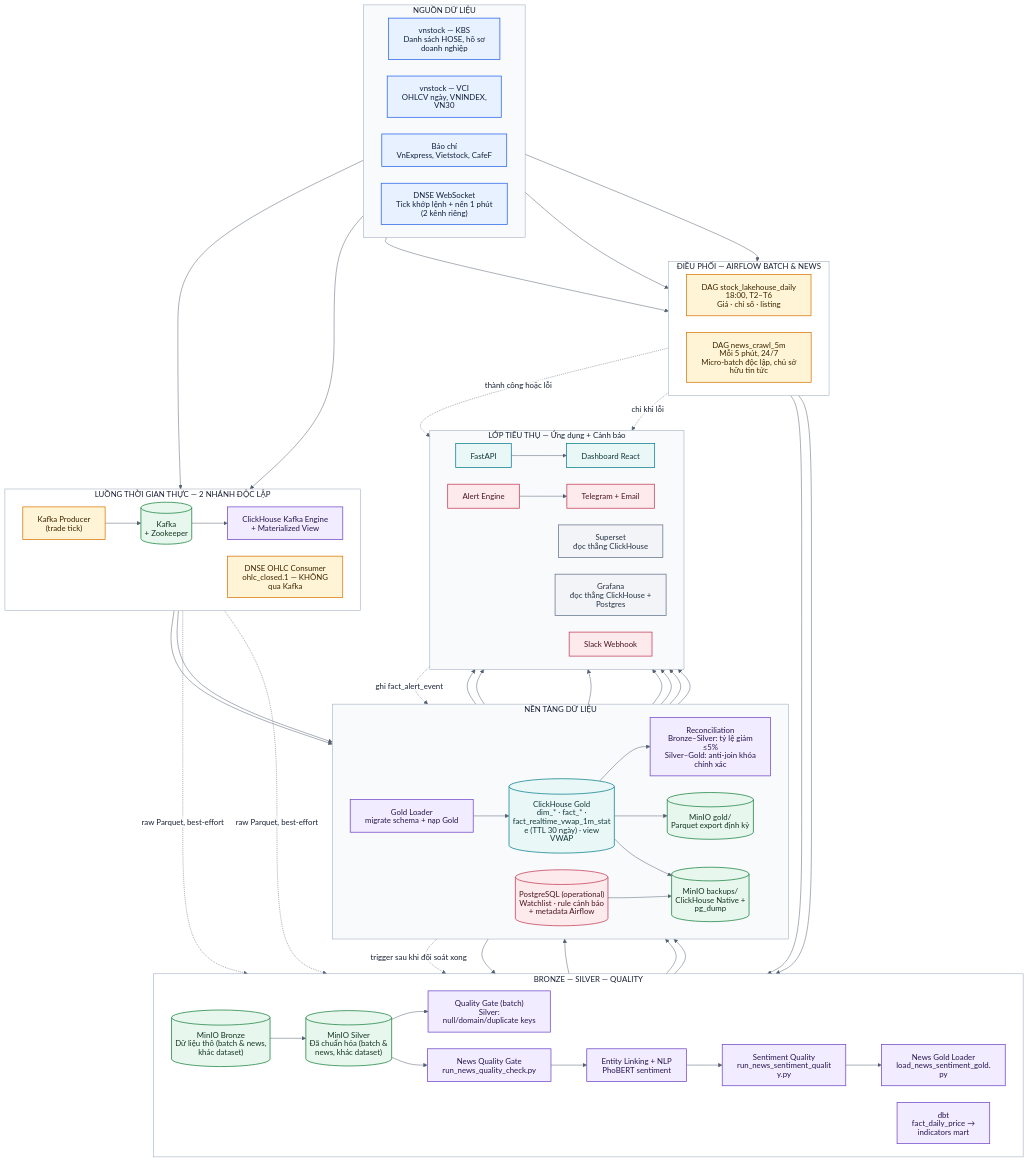
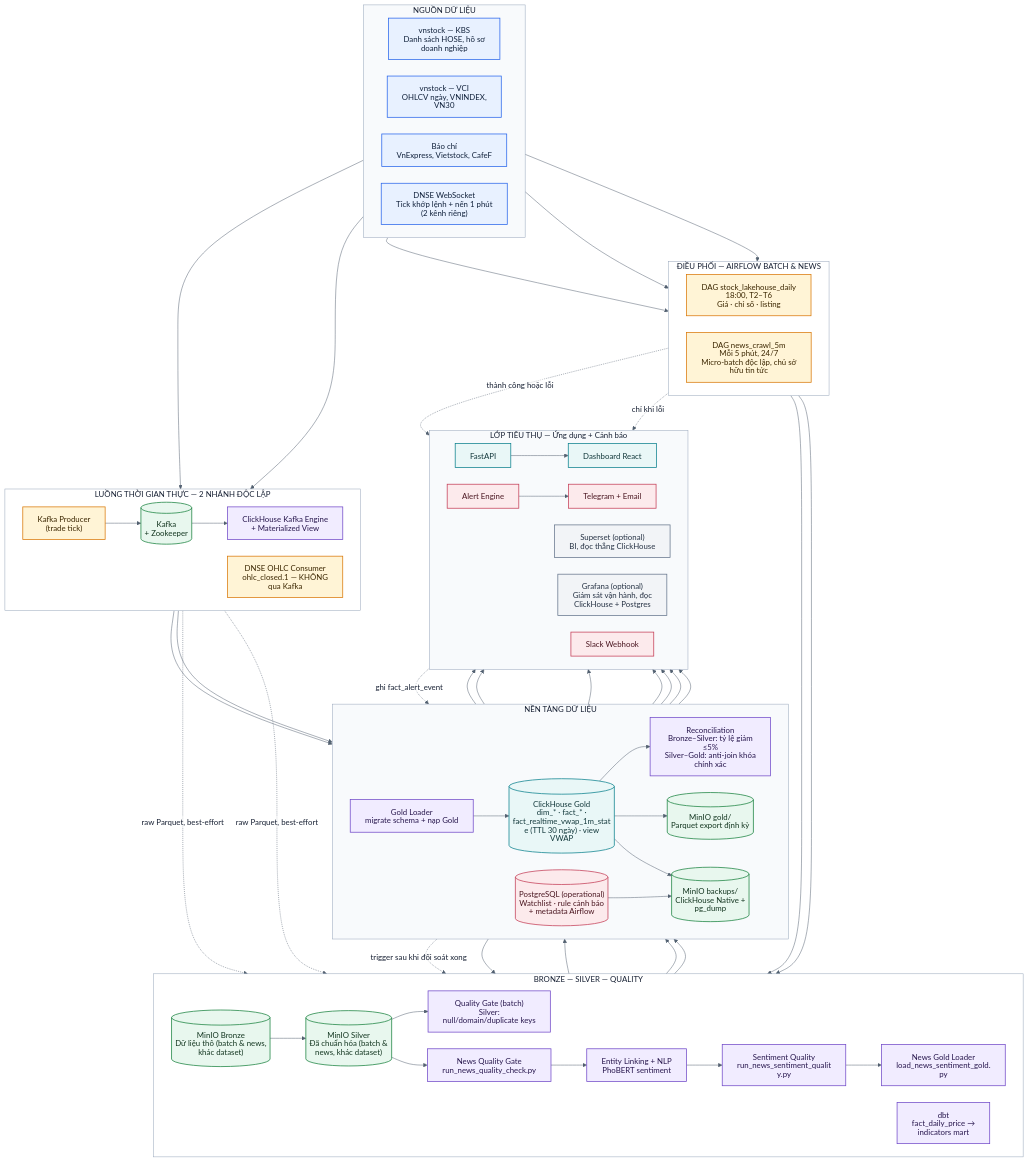
One commit to mihuyen/DataEngineerVDT changed the diagram in docs/architecture/system_architecture.mmd. Above: the diagram before and after it, drawn with Mermaid. The commit also changed 40 other files, not shown here.

```diff
--- a/docs/architecture/system_architecture.mmd
+++ b/docs/architecture/system_architecture.mmd
@@ -1,121 +1,121 @@
 %%{init: {"theme":"base","htmlLabels":false,"flowchart":{"htmlLabels":false,"curve":"basis","nodeSpacing":34,"rankSpacing":48,"diagramPadding":10},"themeVariables":{"background":"#ffffff","primaryTextColor":"#172033","lineColor":"#526070","clusterBkg":"#f8fafc","clusterBorder":"#cbd5e1","edgeLabelBackground":"#ffffff","titleColor":"#172033","fontFamily":"Arial"}}}%%
 flowchart TB
   classDef source fill:#E8F1FF,stroke:#2563EB,color:#10213B,stroke-width:1.5px;
   classDef ingest fill:#FFF4D6,stroke:#D97706,color:#3B2600,stroke-width:1.5px;
   classDef storage fill:#E8F7EE,stroke:#16803C,color:#12351F,stroke-width:1.5px;
   classDef process fill:#F1ECFF,stroke:#7048C8,color:#27164D,stroke-width:1.5px;
   classDef serving fill:#E9F7F7,stroke:#087F8C,color:#12383B,stroke-width:1.5px;
   classDef ops fill:#FCEAEC,stroke:#C43B55,color:#4A1620,stroke-width:1.5px;
   classDef observe fill:#F2F4F7,stroke:#64748B,color:#263244,stroke-width:1.5px;
 
   %% ================= NGUỒN =================
   subgraph SOURCES[NGUỒN DỮ LIỆU]
     direction LR
     KBS["vnstock — KBS<br/>Danh sách HOSE, hồ sơ doanh nghiệp"]:::source
     VCI["vnstock — VCI<br/>OHLCV ngày, VNINDEX, VN30"]:::source
     NEWS["Báo chí<br/>VnExpress, Vietstock, CafeF"]:::source
     DNSE["DNSE WebSocket<br/>Tick khớp lệnh + nến 1 phút (2 kênh riêng)"]:::source
   end
 
   %% ================= ĐIỀU PHỐI BATCH & NEWS =================
   subgraph ORCH[ĐIỀU PHỐI — AIRFLOW BATCH & NEWS]
     direction LR
     AIRFLOW_DAILY["DAG stock_lakehouse_daily<br/>18:00, T2–T6<br/>Giá · chỉ số · listing"]:::ingest
     AIRFLOW_NEWS["DAG news_crawl_5m<br/>Mỗi 5 phút, 24/7<br/>Micro-batch độc lập, chủ sở hữu tin tức"]:::ingest
   end
 
   %% ================= BRONZE/SILVER/QUALITY =================
   subgraph LAYERS[BRONZE — SILVER — QUALITY]
     direction LR
     BRONZE[("MinIO Bronze<br/>Dữ liệu thô (batch & news, khác dataset)")]:::storage
     SILVER[("MinIO Silver<br/>Đã chuẩn hóa (batch & news, khác dataset)")]:::storage
     QUALITY["Quality Gate (batch)<br/>Silver: null/domain/duplicate keys"]:::process
     NEWSQUALITY["News Quality Gate<br/>run_news_quality_check.py"]:::process
     NLP["Entity Linking + NLP<br/>PhoBERT sentiment"]:::process
     SENTQUALITY["Sentiment Quality<br/>run_news_sentiment_quality.py"]:::process
     NEWSGOLDLOADER["News Gold Loader<br/>load_news_sentiment_gold.py"]:::process
     DBT["dbt<br/>fact_daily_price → indicators mart"]:::process
   end
 
   %% ================= STREAMING =================
   subgraph STREAM[LUỒNG THỜI GIAN THỰC — 2 NHÁNH ĐỘC LẬP]
     direction LR
     PRODUCER["Kafka Producer<br/>(trade tick)"]:::ingest
     KAFKA[("Kafka<br/>+ Zookeeper")]:::storage
     KENGINE["ClickHouse Kafka Engine<br/>+ Materialized View"]:::process
     CANDLE["DNSE OHLC Consumer<br/>ohlc_closed.1 — KHÔNG qua Kafka"]:::ingest
   end
 
   %% ================= NỀN TẢNG DỮ LIỆU =================
   subgraph PLATFORM[NỀN TẢNG DỮ LIỆU]
     direction LR
     GOLDLOADER["Gold Loader<br/>migrate schema + nạp Gold"]:::process
     CLICKHOUSE[("ClickHouse Gold<br/>dim_* · fact_* · fact_realtime_vwap_1m_state (TTL 30 ngày) · view VWAP")]:::serving
     RECON["Reconciliation<br/>Bronze–Silver: tỷ lệ giảm ≤5%<br/>Silver–Gold: anti-join khóa chính xác"]:::process
     POSTGRES[("PostgreSQL (operational)<br/>Watchlist · rule cảnh báo<br/>+ metadata Airflow")]:::ops
     MINIO_GOLD[("MinIO gold/<br/>Parquet export định kỳ")]:::storage
     MINIO_BACKUP[("MinIO backups/<br/>ClickHouse Native + pg_dump")]:::storage
   end
 
   %% ================= PHỤC VỤ =================
   subgraph SERVE[LỚP TIÊU THỤ — Ứng dụng + Cảnh báo]
     direction LR
     API["FastAPI"]:::serving
     REACT["Dashboard React"]:::serving
     ALERT["Alert Engine"]:::ops
-    SUPERSET["Superset<br/>đọc thẳng ClickHouse"]:::observe
-    GRAFANA["Grafana<br/>đọc thẳng ClickHouse + Postgres"]:::observe
+    SUPERSET["Superset (optional)<br/>BI, đọc thẳng ClickHouse"]:::observe
+    GRAFANA["Grafana (optional)<br/>Giám sát vận hành, đọc ClickHouse + Postgres"]:::observe
     CHANNEL["Telegram + Email"]:::ops
     SLACK["Slack Webhook"]:::ops
   end
 
   %% ---- nguồn batch -> điều phối ----
   KBS --> AIRFLOW_DAILY
   VCI --> AIRFLOW_DAILY
   NEWS --> AIRFLOW_NEWS
 
   %% ---- realtime: 2 nhánh tách biệt hoàn toàn ----
   DNSE --> PRODUCER --> KAFKA --> KENGINE --> CLICKHOUSE
   DNSE --> CANDLE --> CLICKHOUSE
   PRODUCER -.->|raw Parquet, best-effort| BRONZE
   CANDLE -.->|raw Parquet, best-effort| BRONZE
 
   %% ---- batch: điều phối -> bronze/silver/quality -> gold loader -> reconciliation ----
   AIRFLOW_DAILY --> BRONZE
   AIRFLOW_NEWS --> BRONZE
   BRONZE --> SILVER
   SILVER --> QUALITY --> GOLDLOADER
   GOLDLOADER --> CLICKHOUSE --> RECON
 
   %% ---- news: nhánh riêng, gold loader riêng, chỉ dùng chung Bronze/Silver storage ----
   SILVER --> NEWSQUALITY --> NLP --> SENTQUALITY --> NEWSGOLDLOADER --> CLICKHOUSE
 
   %% ---- dbt chạy SAU reconciliation, không song song (reconcile_gold >> dbt_run) ----
   RECON -.->|trigger sau khi đối soát xong| DBT
   CLICKHOUSE --> DBT --> CLICKHOUSE
 
   %% ---- nền tảng dữ liệu -> export/backup (khác mục đích) ----
   CLICKHOUSE --> MINIO_GOLD
   CLICKHOUSE --> MINIO_BACKUP
   POSTGRES --> MINIO_BACKUP
 
   %% ---- nền tảng dữ liệu -> phục vụ (không qua FastAPI với Superset/Grafana) ----
   CLICKHOUSE --> API
   POSTGRES --> API --> REACT
   CLICKHOUSE --> SUPERSET
   CLICKHOUSE --> GRAFANA
   POSTGRES --> GRAFANA
   CLICKHOUSE --> ALERT
   POSTGRES --> ALERT --> CHANNEL
   ALERT -.->|ghi fact_alert_event| CLICKHOUSE
 
   %% ---- điều phối -> Slack (2 DAG chính sách khác nhau) ----
   AIRFLOW_DAILY -.->|thành công hoặc lỗi| SLACK
   AIRFLOW_NEWS -.->|chỉ khi lỗi| SLACK
 
   style SOURCES fill:#F8FAFC,stroke:#94A3B8,color:#172033
   style ORCH fill:#FFFFFF,stroke:#94A3B8,color:#172033
   style LAYERS fill:#FFFFFF,stroke:#94A3B8,color:#172033
   style STREAM fill:#FFFFFF,stroke:#94A3B8,color:#172033
   style PLATFORM fill:#F8FAFC,stroke:#94A3B8,color:#172033
   style SERVE fill:#F8FAFC,stroke:#94A3B8,color:#172033
```
